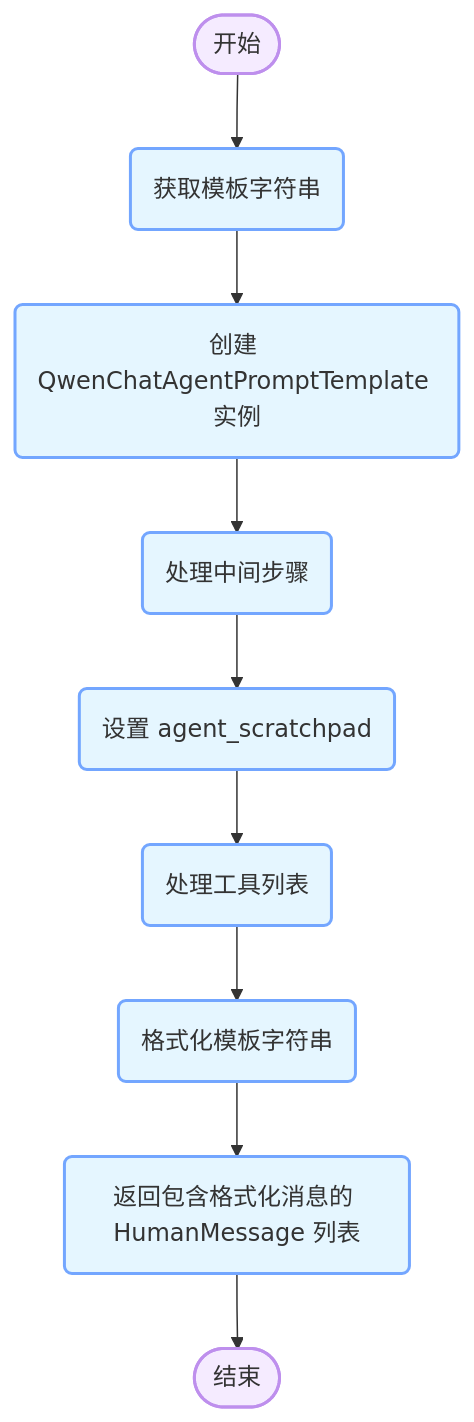
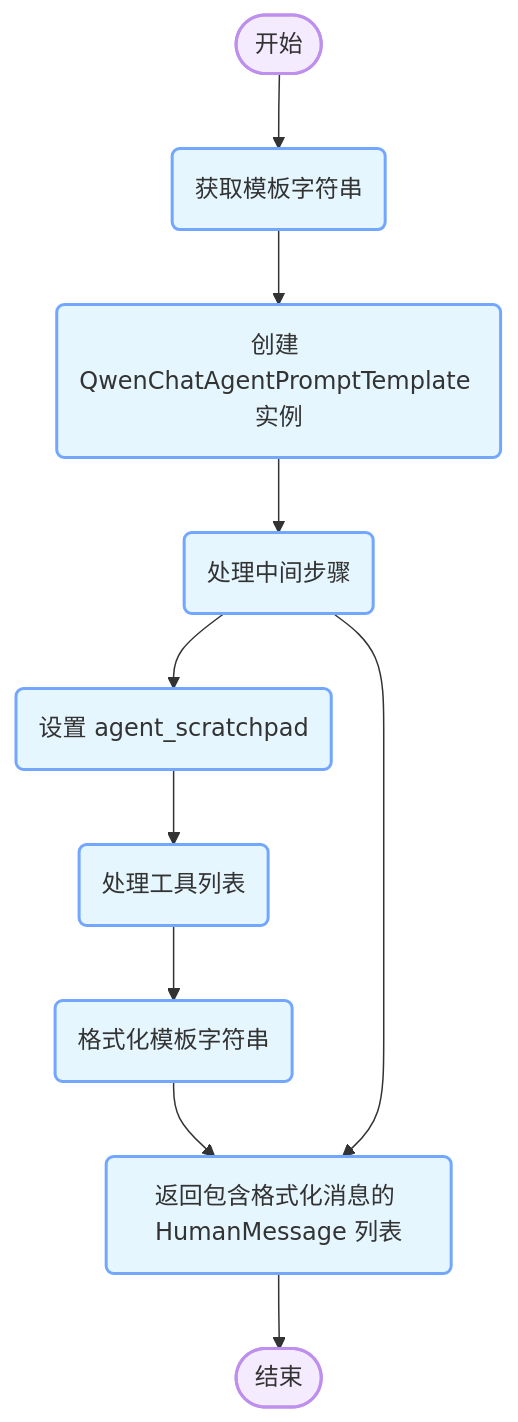
Before and after one commit to sdgixfg/iodraw-files: the diagram in all/未命名-2.md, drawn with Mermaid.

Commit message:
2025-05-24 15:53:23 update

````diff
--- a/all/未命名-2.md
+++ b/all/未命名-2.md
@@ -1,19 +1,19 @@
 ```mermaid
 flowchart TB
     classDef startend fill:#F5EBFF,stroke:#BE8FED,stroke-width:2px
     classDef process fill:#E5F6FF,stroke:#73A6FF,stroke-width:2px
     classDef decision fill:#FFF6CC,stroke:#FFBC52,stroke-width:2px
     
     A([开始]):::startend --> E(获取模板字符串):::process
     
     E --> F(创建 QwenChatAgentPromptTemplate 实例):::process
     F --> G(处理中间步骤):::process
 
     G --> H(设置 agent_scratchpad):::process
     H --> J(处理工具列表):::process
     %% I --> J(创建工具名称列表):::process
     J --> K(格式化模板字符串):::process
     K --> L(返回包含格式化消息的 HumanMessage 列表):::process
-    G
+    G -->
     L --> M([结束]):::startend
 ```
````
